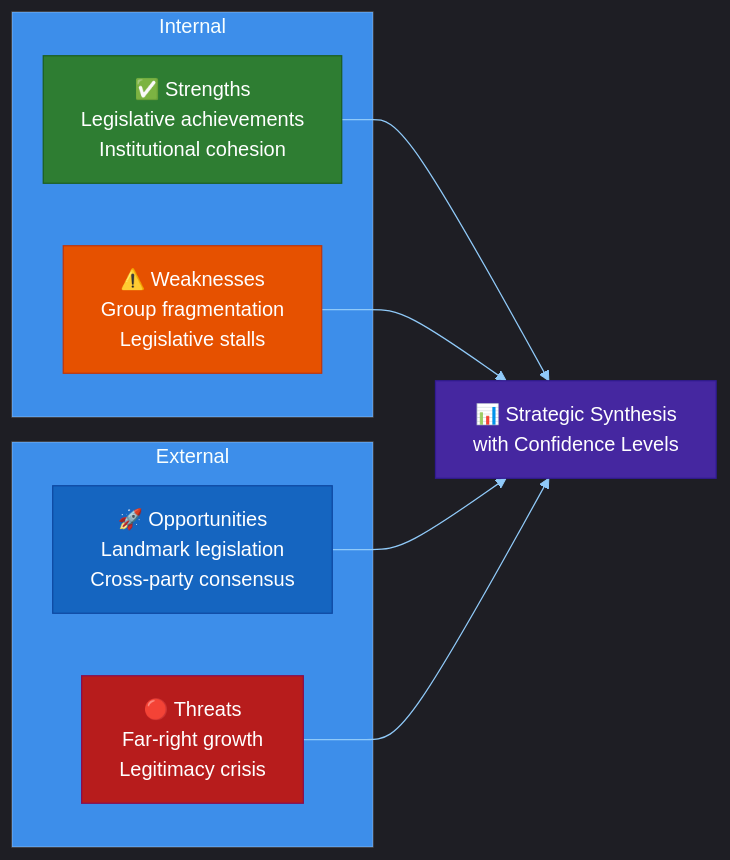
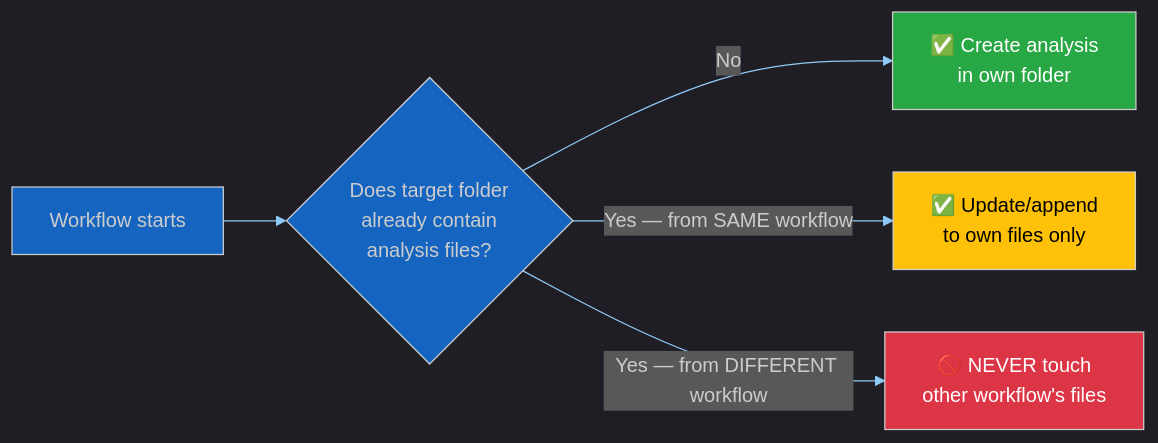
One commit to Hack23/euparliamentmonitor changed the fourth of 7 diagrams in docs/api/media/README-4.md. Above: the diagram before and after it, drawn with Mermaid. The commit also changed other lines of this file and 1391 other files, not shown here.

````diff
--- a/docs/api/media/README-4.md
+++ b/docs/api/media/README-4.md
@@ -473,24 +402,12 @@
 ```mermaid
 %%{init: {"theme":"dark","themeVariables":{"primaryColor":"#1565C0","primaryTextColor":"#ffffff","primaryBorderColor":"#0A3F7F","lineColor":"#90CAF9","secondaryColor":"#2E7D32","secondaryTextColor":"#ffffff","secondaryBorderColor":"#0F3F00","tertiaryColor":"#FF9800","tertiaryTextColor":"#000000","tertiaryBorderColor":"#7F4F00","mainBkg":"#1565C0","secondBkg":"#2E7D32","tertiaryBkg":"#FF9800","noteBkgColor":"#FFC107","noteTextColor":"#000000","noteBorderColor":"#7F6000","errorBkgColor":"#D32F2F","errorTextColor":"#ffffff","fontFamily":"Inter, Helvetica, Arial, sans-serif","pie1":"#1565C0","pie2":"#2E7D32","pie3":"#FF9800","pie4":"#D32F2F","pie5":"#FFC107","pie6":"#7B1FA2","pie7":"#9E9E9E","pie8":"#0288D1","pie9":"#388E3C","pie10":"#F57C00","pie11":"#C62828","pie12":"#FBC02D","pieTitleTextSize":"18px","pieSectionTextSize":"14px","pieLegendTextSize":"13px","pieStrokeColor":"#1e1e1e","pieOuterStrokeColor":"#1e1e1e","git0":"#1565C0","git1":"#2E7D32","git2":"#FF9800","git3":"#D32F2F","gitBranchLabel0":"#ffffff","gitBranchLabel1":"#ffffff","gitBranchLabel2":"#000000","gitBranchLabel3":"#ffffff","cScale0":"#1565C0","cScale1":"#2E7D32","cScale2":"#FF9800","cScale3":"#D32F2F","cScale4":"#FFC107","cScale5":"#7B1FA2","cScale6":"#9E9E9E","cScale7":"#0288D1","xyChart":{"backgroundColor":"#1e1e1e","plotColorPalette":"#1565C0,#2E7D32,#FF9800,#D32F2F,#FFC107,#7B1FA2,#9E9E9E"}}}}%%
-graph LR
-    subgraph Internal
-        S[✅ Strengths<br/>Legislative achievements<br/>Institutional cohesion]
-        W[⚠️ Weaknesses<br/>Group fragmentation<br/>Legislative stalls]
-    end
+flowchart LR
+    A["Workflow starts"] --> B{"Does target folder<br/>already contain<br/>analysis files?"}
+    B -->|"No"| C["✅ Create analysis<br/>in own folder"]
+    B -->|"Yes — from SAME workflow"| D["✅ Update/append<br/>to own files only"]
+    B -->|"Yes — from DIFFERENT workflow"| E["🚫 NEVER touch<br/>other workflow's files"]
 
-    subgraph External
-        O[🚀 Opportunities<br/>Landmark legislation<br/>Cross-party consensus]
-        T[🔴 Threats<br/>Far-right growth<br/>Legitimacy crisis]
-    end
-
-    S --> Synth[📊 Strategic Synthesis<br/>with Confidence Levels]
-    W --> Synth
-    O --> Synth
-    T --> Synth
-
-    style S fill:#2E7D32,stroke:#1B5E20,color:#FFFFFF
-    style W fill:#E65100,stroke:#BF360C,color:#FFFFFF
-    style O fill:#1565C0,stroke:#0D47A1,color:#FFFFFF
-    style T fill:#B71C1C,stroke:#880E4F,color:#FFFFFF
-    style Synth fill:#4527A0,stroke:#311B92,color:#FFFFFF
+    style C fill:#28a745,color:#fff
+    style D fill:#ffc107,color:#000
+    style E fill:#dc3545,color:#fff
 ```
````
